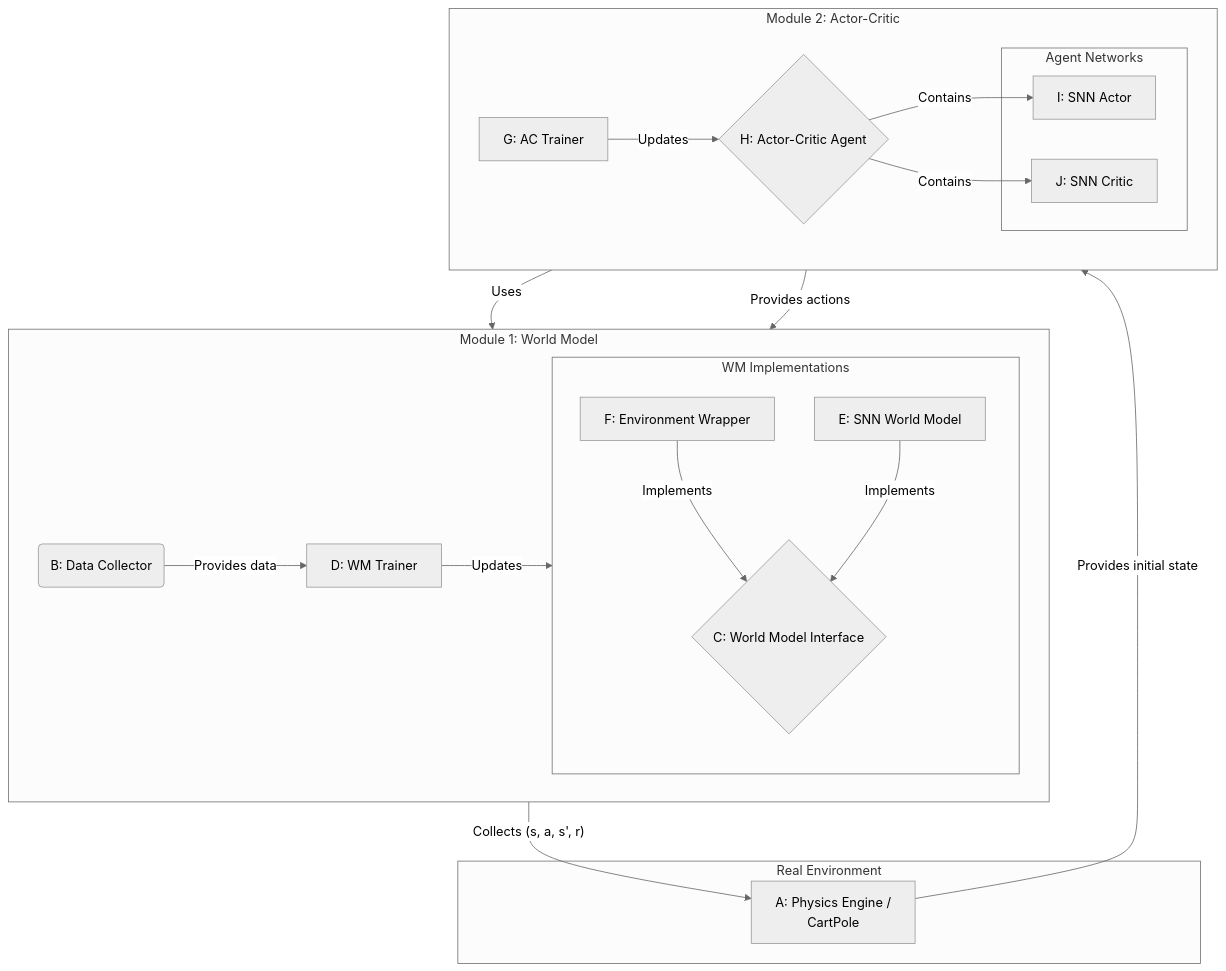
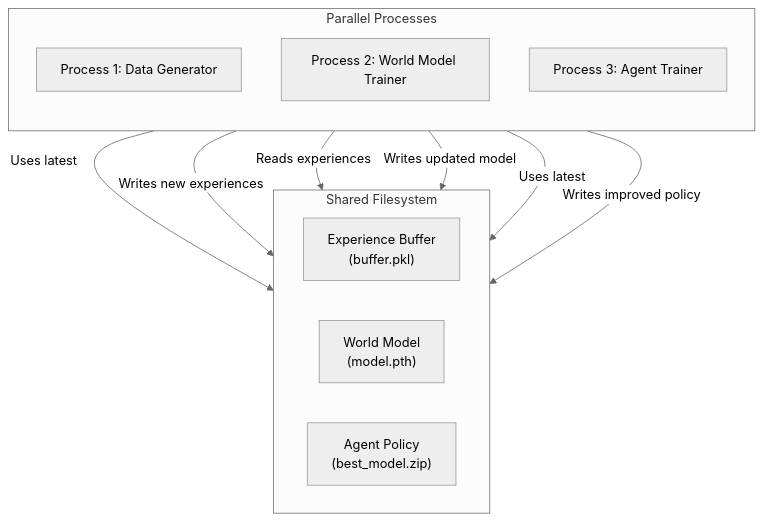
Before and after one commit to Alex-Vasilache/NMBRL: the diagram in README.md, drawn with Mermaid (neutral theme). The commit also changed other lines of this file, not shown here.

````diff
--- a/README.md
+++ b/README.md
@@ -24,35 +9,26 @@
 ```mermaid
 graph TD
-    subgraph "Real Environment"
-        A["A: Physics Engine /<br/> CartPole"]
+    subgraph "Shared Filesystem"
+        direction LR
+        A["Experience Buffer<br/>(buffer.pkl)"]
+        B["World Model<br/>(model.pth)"]
+        C["Agent Policy<br/>(best_model.zip)"]
     end
 
-    subgraph "Module 1: World Model"
-        direction LR
-        B("B: Data Collector") -- "Collects (s, a, s', r)" --> A
-        C{"C: World Model Interface"}
-        B -- "Provides data" --> D["D: WM Trainer"]
-        D -- "Updates" --> E["E: SNN World Model"]
-        
-        subgraph "WM Implementations"
-            direction TB
-            F["F: Environment Wrapper"] -- "Implements" --> C
-            E -- "Implements" --> C
-        end
+    subgraph "Parallel Processes"
+        direction TB
+        P1["Process 1: Data Generator"]
+        P2["Process 2: World Model Trainer"]
+        P3["Process 3: Agent Trainer"]
     end
     
-    subgraph "Module 2: Actor-Critic"
-        direction LR
-        G["G: AC Trainer"] -- "Uses" --> C
-        G -- "Updates" --> H{"H: Actor-Critic Agent"}
-        H -- "Provides actions" --> C
-        subgraph "Agent Networks"
-            I["I: SNN Actor"]
-            J["J: SNN Critic"]
-        end
-        H -- "Contains" --> I
-        H -- "Contains" --> J
-    end
+    P1 -- "Uses latest" --> C
+    P1 -- "Writes new experiences" --> A
+    
+    P2 -- "Reads experiences" --> A
+    P2 -- "Writes updated model" --> B
+    
+    P3 -- "Uses latest" --> B
+    P3 -- "Writes improved policy" --> C
 
-    A -- "Provides initial state" --> G
 ```
````
